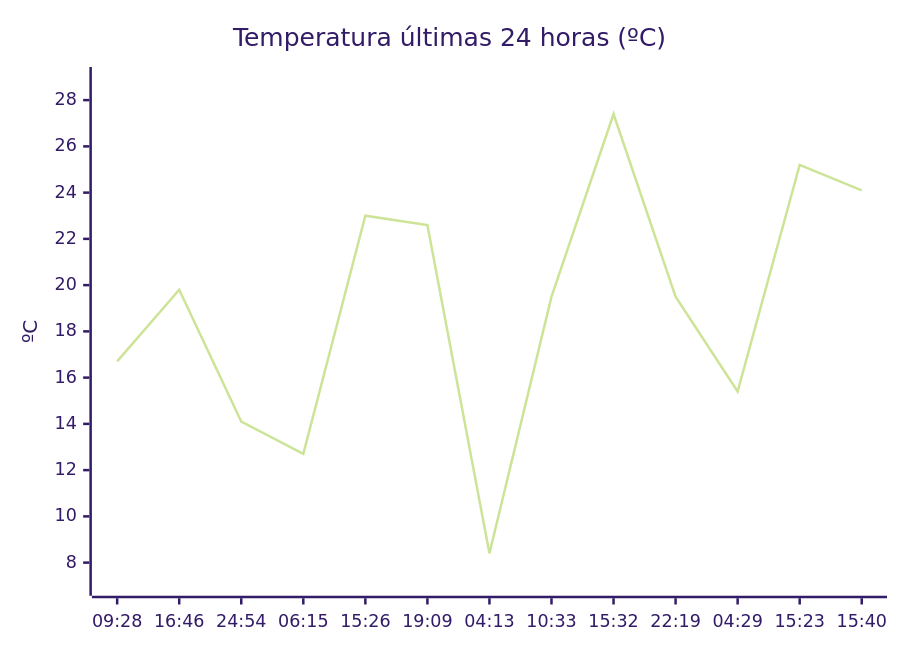
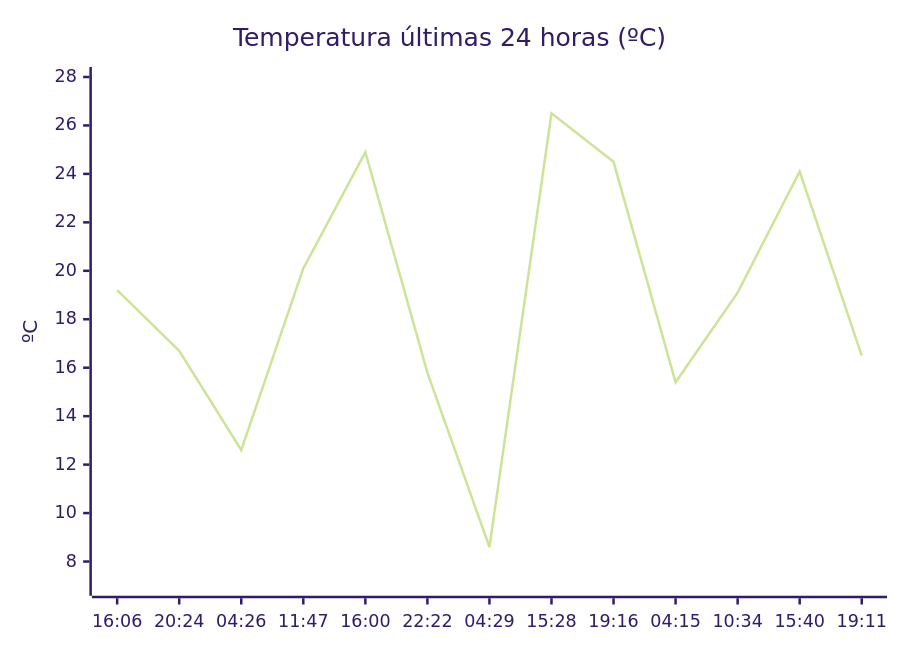
Before and after one commit to solidsnk86/rem-scrap: the diagram in README.md, drawn with Mermaid (forest theme). The commit also changed other lines of this file, not shown here.

````diff
--- a/README.md
+++ b/README.md
@@ -28,7 +28,7 @@
 ```mermaid
 xychart-beta
     title "Temperatura últimas 24 horas (ºC)"
-    x-axis ["09:28", "16:46", "24:54", "06:15", "15:26", "19:09", "04:13", "10:33", "15:32", "22:19", "04:29", "15:23", "15:40"]
-    y-axis "ºC" 7 --> 29
-    line [16.7, 19.8, 14.1, 12.7, 23, 22.6, 8.4, 19.5, 27.4, 19.5, 15.4, 25.2, 24.1]
+    x-axis ["16:06", "20:24", "04:26", "11:47", "16:00", "22:22", "04:29", "15:28", "19:16", "04:15", "10:34", "15:40", "19:11"]
+    y-axis "ºC" 7 --> 28
+    line [19.2, 16.7, 12.6, 20.1, 24.9, 15.8, 8.6, 26.5, 24.5, 15.4, 19.1, 24.1, 16.5]
 ```
````
